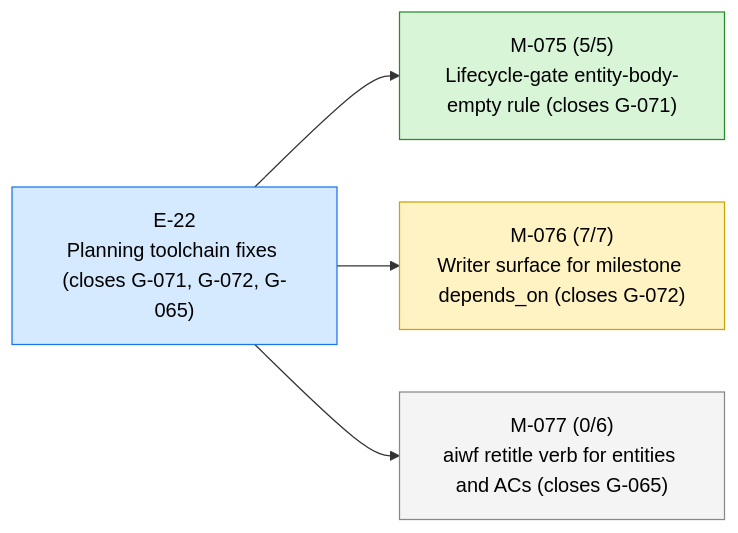
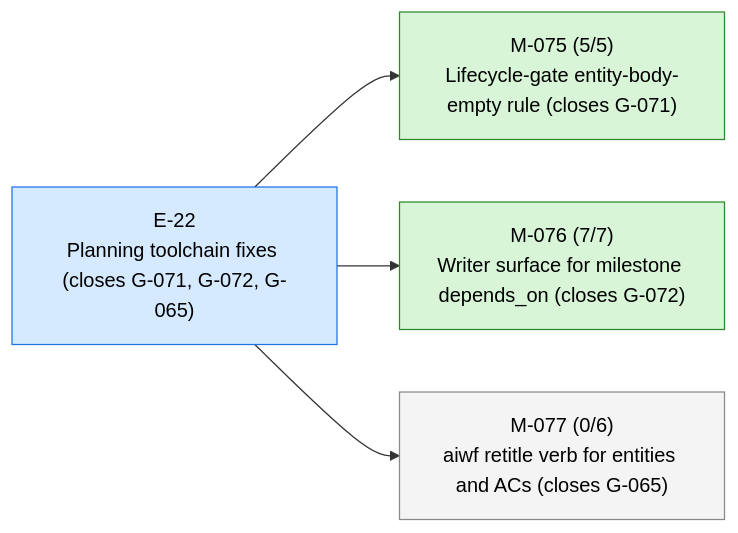
The first of 3 diagrams in STATUS.md (23min/aiwf), drawn with Mermaid before and after one commit. The commit also changed other lines of this file and 1 other file, not shown here.

First line of the commit message:
aiwf promote M-076 in_progress -> done

````diff
--- a/STATUS.md
+++ b/STATUS.md
@@ -13,16 +13,16 @@
 ```mermaid
 flowchart LR
   E_22["E-22<br/>Planning toolchain fixes (closes G-071, G-072, G-065)"]:::epic_active
   M_075["M-075 (5/5)<br/>Lifecycle-gate entity-body-empty rule (closes G-071)"]:::ms_done
   E_22 --> M_075
-  M_076["M-076 (7/7)<br/>Writer surface for milestone depends_on (closes G-072)"]:::ms_in_progress
+  M_076["M-076 (7/7)<br/>Writer surface for milestone depends_on (closes G-072)"]:::ms_done
   E_22 --> M_076
   M_077["M-077 (0/6)<br/>aiwf retitle verb for entities and ACs (closes G-065)"]:::ms_draft
   E_22 --> M_077
   classDef epic_active fill:#d6eaff,stroke:#1a73e8,color:#000
   classDef epic_proposed fill:#f4f4f4,stroke:#888,color:#000
   classDef ms_done fill:#d8f5d8,stroke:#2a8a2a,color:#000
   classDef ms_in_progress fill:#fff3c4,stroke:#caa400,color:#000
   classDef ms_draft fill:#f4f4f4,stroke:#888,color:#000
   classDef ms_cancelled fill:#fbeaea,stroke:#c33,color:#000
 ```
````
